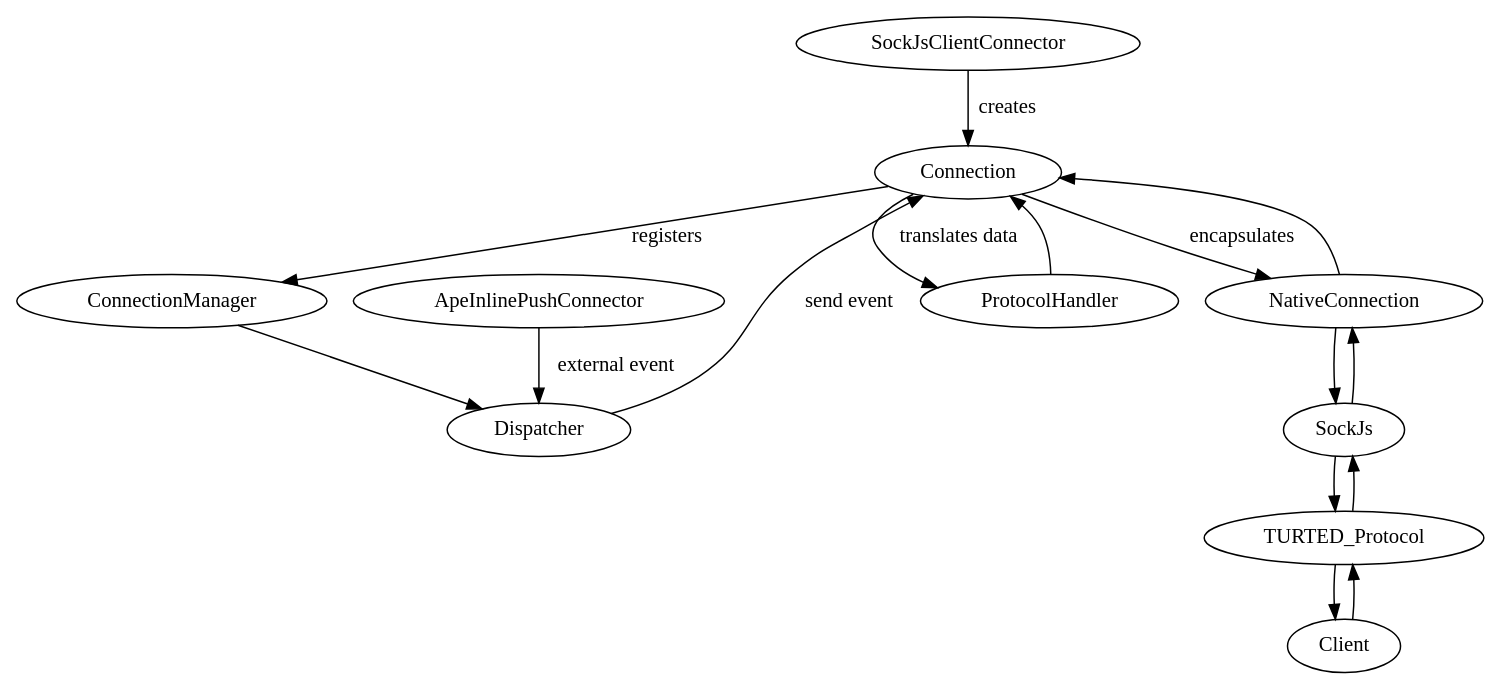
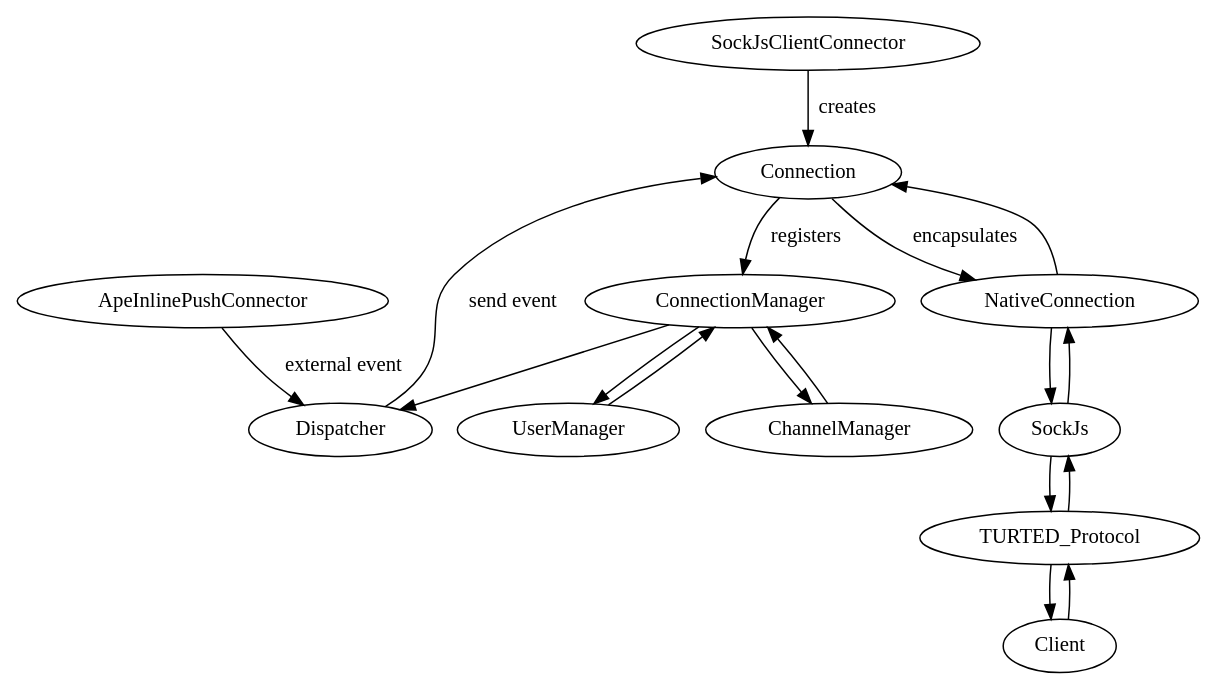
One commit to TURTED/TURTED_node changed the diagram in flow.gv. Above: the diagram before and after it, drawn with Graphviz. The commit also changed 2 other files, not shown here.

```diff
--- a/flow.gv
+++ b/flow.gv
@@ -1,26 +1,26 @@
 digraph Objects {
 
 	Connection -> ConnectionManager [label="registers"]
 
 	SockJsClientConnector	-> Connection [label="creates"]
 
 	Connection -> NativeConnection [label="encapsulates"]
 	NativeConnection -> Connection
 
-	Connection -> ProtocolHandler [label="translates data"]
-	ProtocolHandler -> Connection
-
-
 	Client -> TURTED_Protocol
 	TURTED_Protocol -> Client
 	TURTED_Protocol -> SockJs
 	SockJs -> TURTED_Protocol
 	SockJs -> NativeConnection
 	NativeConnection -> SockJs
 
 	ConnectionManager ->Dispatcher
+	UserManager ->ConnectionManager
+	ConnectionManager ->UserManager
+	ChannelManager ->ConnectionManager
+	ConnectionManager ->ChannelManager
 
 	ApeInlinePushConnector -> Dispatcher [label="external event"]
 
 	Dispatcher -> Connection [label="send event"]
 }
```
